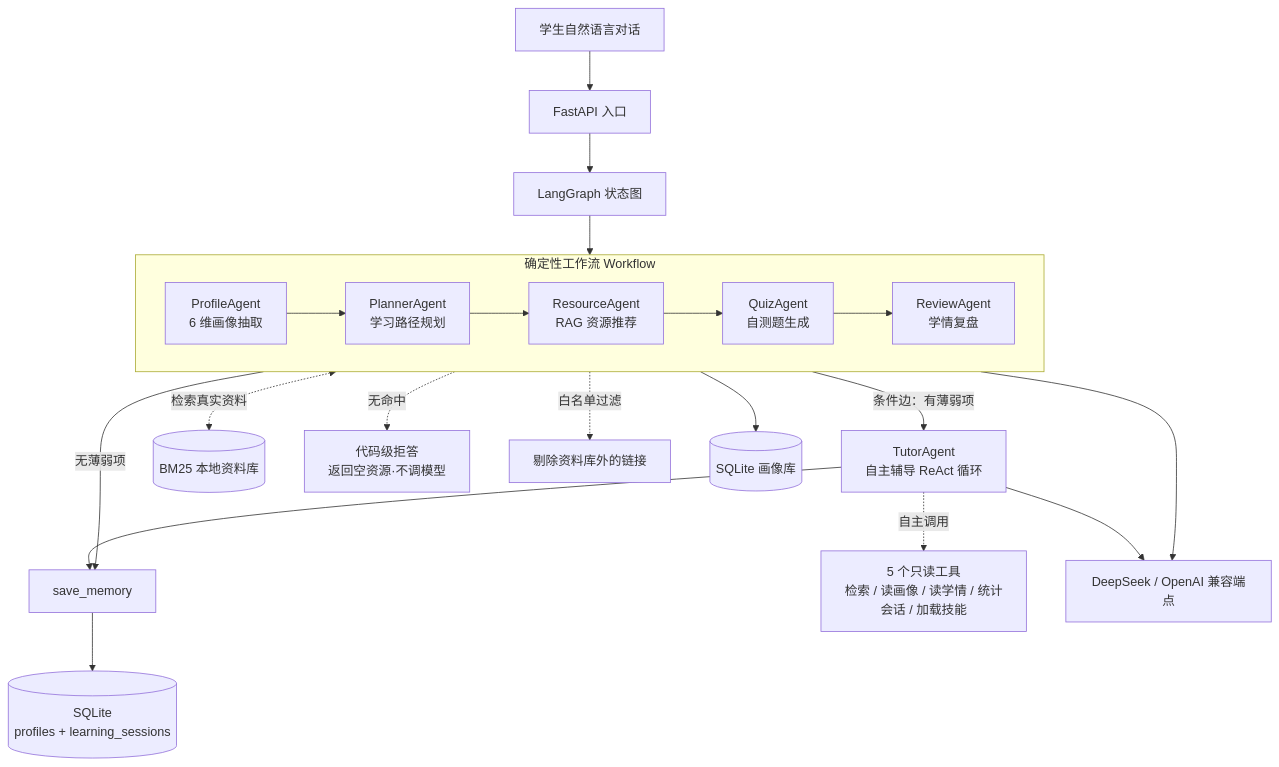
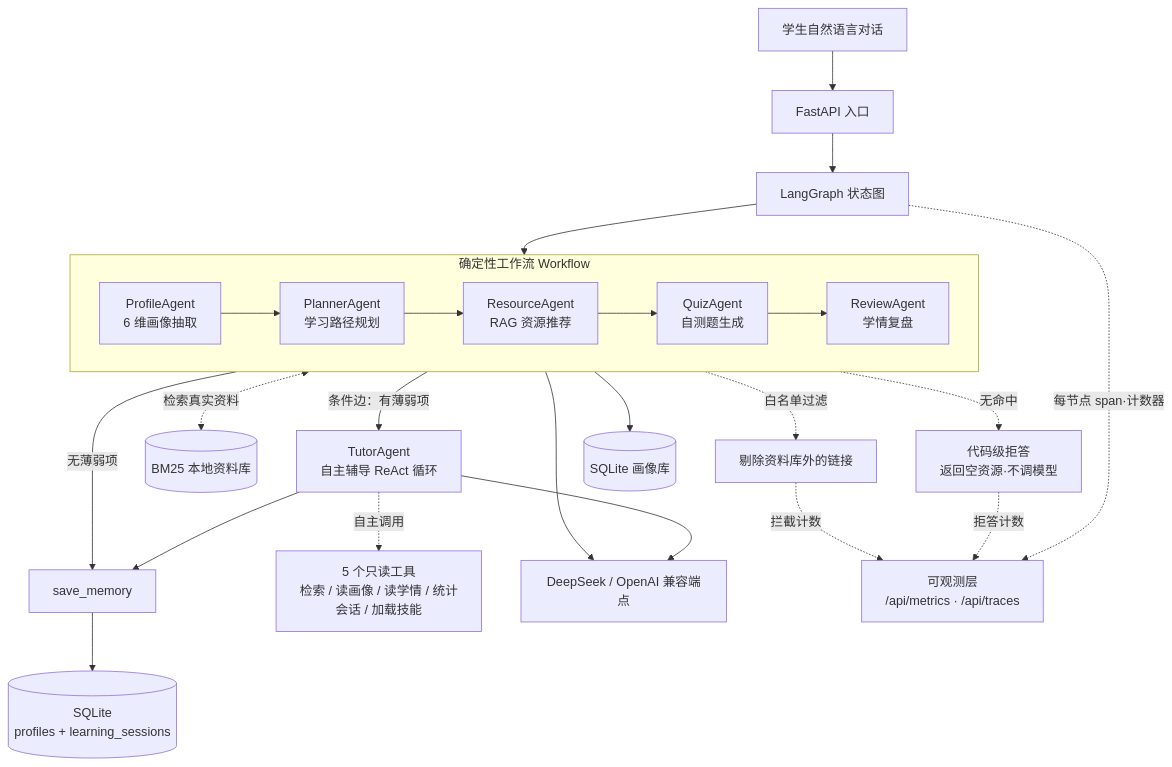
Before and after one commit to Dongnb66/python-learning-agent: the diagram in README.md, drawn with Mermaid. The commit also changed other lines of this file and 20 other files, not shown here.

````diff
--- a/README.md
+++ b/README.md
@@ -58,24 +64,27 @@
 ```mermaid
 flowchart TD
     User[学生自然语言对话] --> API[FastAPI 入口]
     API --> SG[LangGraph 状态图]
     subgraph WF[确定性工作流 Workflow]
         direction LR
         A[ProfileAgent<br/>6 维画像抽取] --> B[PlannerAgent<br/>学习路径规划]
         B --> C[ResourceAgent<br/>RAG 资源推荐]
         C --> D[QuizAgent<br/>自测题生成]
         D --> E[ReviewAgent<br/>学情复盘]
     end
     SG --> WF
     E -->|条件边：有薄弱项| T[TutorAgent<br/>自主辅导 ReAct 循环]
     E -->|无薄弱项| SM[save_memory]
     T -.自主调用.-> TOOLS[5 个只读工具<br/>检索 / 读画像 / 读学情 / 统计会话 / 加载技能]
     T --> SM
     SM --> DB2[(SQLite<br/>profiles + learning_sessions)]
     C <-.检索真实资料.-> KB[(BM25 本地资料库)]
     C -.无命中.-> RC[代码级拒答<br/>返回空资源·不调模型]
     C -.白名单过滤.-> WL[剔除资料库外的链接]
     A --> DB[(SQLite 画像库)]
     WF --> LLM[DeepSeek / OpenAI 兼容端点]
     T --> LLM
+    SG -.每节点 span·计数器.-> OBS[可观测层<br/>/api/metrics · /api/traces]
+    RC -.拒答计数.-> OBS
+    WL -.拦截计数.-> OBS
 ```
````
